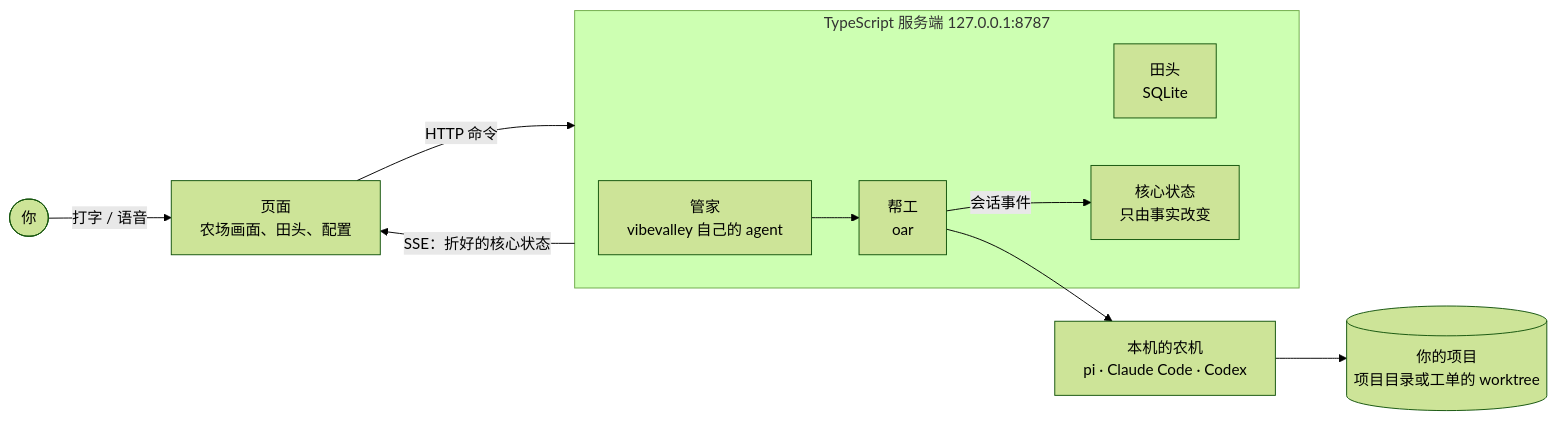
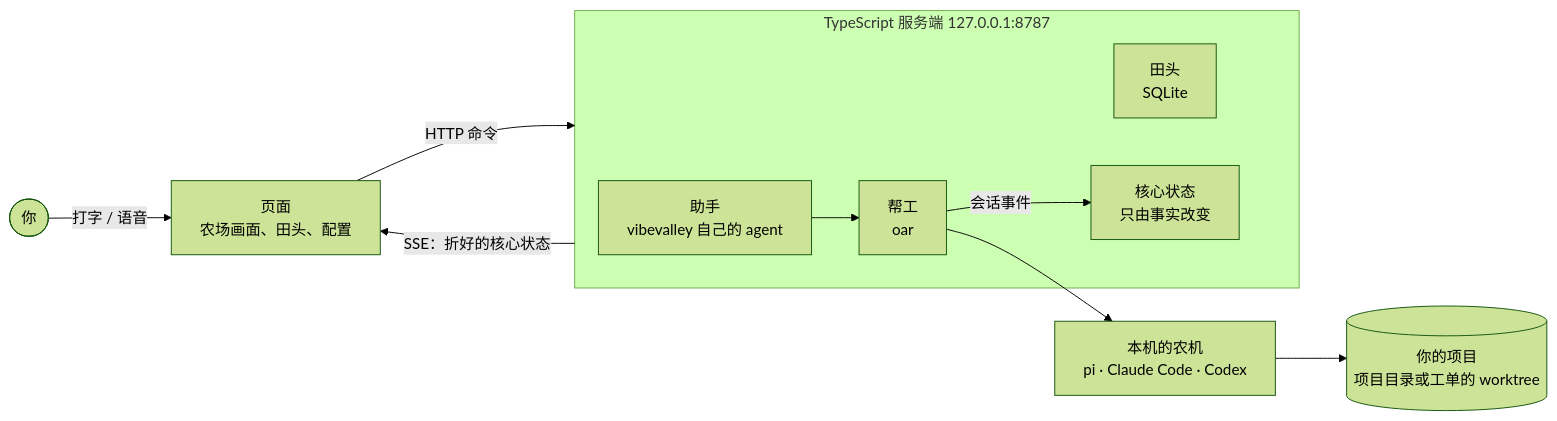
One commit to vibevalleyhq/vibevalley changed the diagram in README.md. Above: the diagram before and after it, drawn with Mermaid (forest theme). The commit also changed other lines of this file and 1137 other files, not shown here.

````diff
--- a/README.md
+++ b/README.md
@@ -34,16 +34,16 @@
 ```mermaid
 flowchart LR
   you([你]) -- 打字 / 语音 --> app[页面<br/>农场画面、田头、配置]
   app -- HTTP 命令 --> server
   server -- SSE：折好的核心状态 --> app
   subgraph server[TypeScript 服务端 127.0.0.1:8787]
-    manager[管家<br/>vibevalley 自己的 agent]
+    manager[助手<br/>vibevalley 自己的 agent]
     chat[田头<br/>SQLite]
     site[核心状态<br/>只由事实改变]
     sessions[帮工<br/>oar]
   end
   manager --> sessions
   sessions -- 会话事件 --> site
   sessions --> rt[本机的农机<br/>pi · Claude Code · Codex]
   rt --> repo[(你的项目<br/>项目目录或工单的 worktree)]
 ```
````
